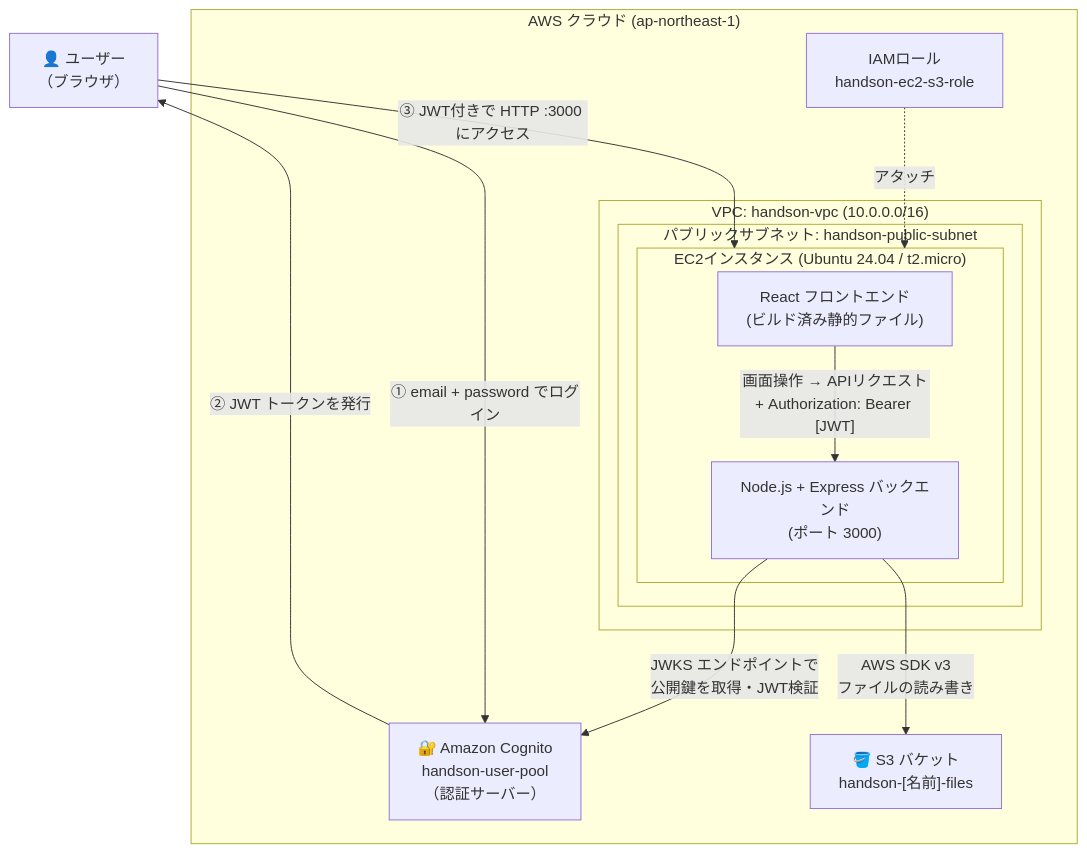
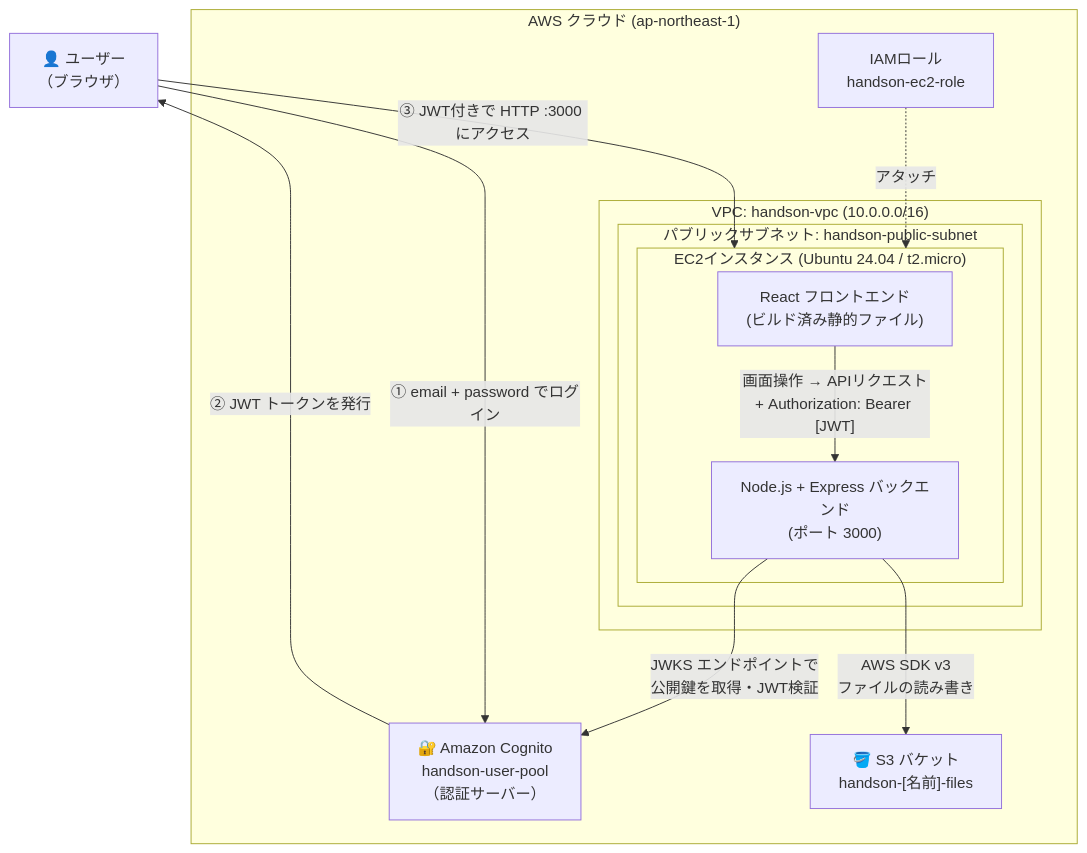
Before and after one commit to ohtsuka-shota-se/samurai-repo: the first of 2 diagrams in docs/02_Cognito_ハンズオン手順.md, drawn with Mermaid. The commit also changed 44 other files, not shown here.

````diff
--- a/docs/02_Cognito_ハンズオン手順.md
+++ b/docs/02_Cognito_ハンズオン手順.md
@@ -12,29 +12,29 @@
 ```mermaid
 graph TB
     User["👤 ユーザー\n（ブラウザ）"]
 
     subgraph AWS["AWS クラウド (ap-northeast-1)"]
         Cognito["🔐 Amazon Cognito\nhandson-user-pool\n（認証サーバー）"]
 
         subgraph VPC["VPC: handson-vpc (10.0.0.0/16)"]
             subgraph Subnet["パブリックサブネット: handson-public-subnet"]
                 subgraph EC2Box["EC2インスタンス (Ubuntu 24.04 / t2.micro)"]
                     FE["React フロントエンド\n(ビルド済み静的ファイル)"]
                     BE["Node.js + Express バックエンド\n(ポート 3000)"]
                     FE -->|"画面操作 → APIリクエスト\n+ Authorization: Bearer [JWT]"| BE
                 end
             end
         end
 
-        IAM["IAMロール\nhandson-ec2-s3-role"]
+        IAM["IAMロール\nhandson-ec2-role"]
         S3["🪣 S3 バケット\nhandson-[名前]-files"]
 
         IAM -.->|アタッチ| EC2Box
         BE -->|"AWS SDK v3\nファイルの読み書き"| S3
         BE -->|"JWKS エンドポイントで\n公開鍵を取得・JWT検証"| Cognito
     end
 
     User -->|"① email + password でログイン"| Cognito
     Cognito -->|"② JWT トークンを発行"| User
     User -->|"③ JWT付きで HTTP :3000 にアクセス"| EC2Box
 ```
````
